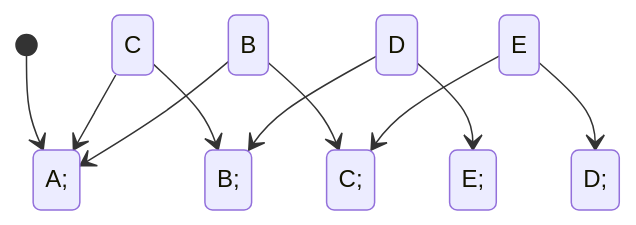
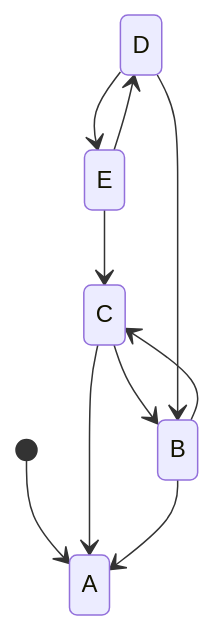
Before and after one commit to GiancarloBenavides/Telematics: the first of 2 diagrams in Enrutamiento/README.md, drawn with Mermaid.

````diff
--- a/Enrutamiento/README.md
+++ b/Enrutamiento/README.md
@@ -49,12 +49,12 @@
 ```mermaid
 stateDiagram-v2
-    [*] --> A;
-    C --> A;
-    C --> B;    
-    B --> A;
-    B --> C;
-    D --> B;
-    D --> E;    
-    E --> C;
-    E --> D;
+    [*] --> A
+    C --> A
+    C --> B   
+    B --> A
+    B --> C
+    D --> B
+    D --> E   
+    E --> C
+    E --> D
 ```
````
